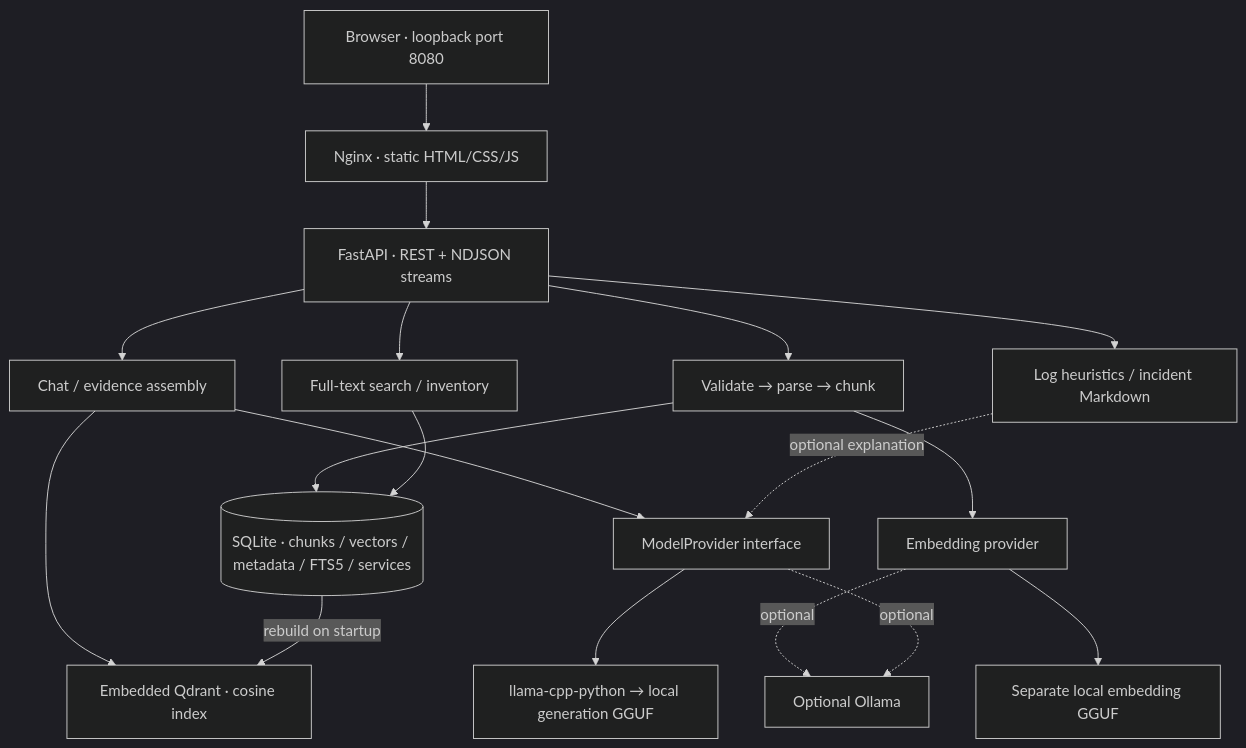
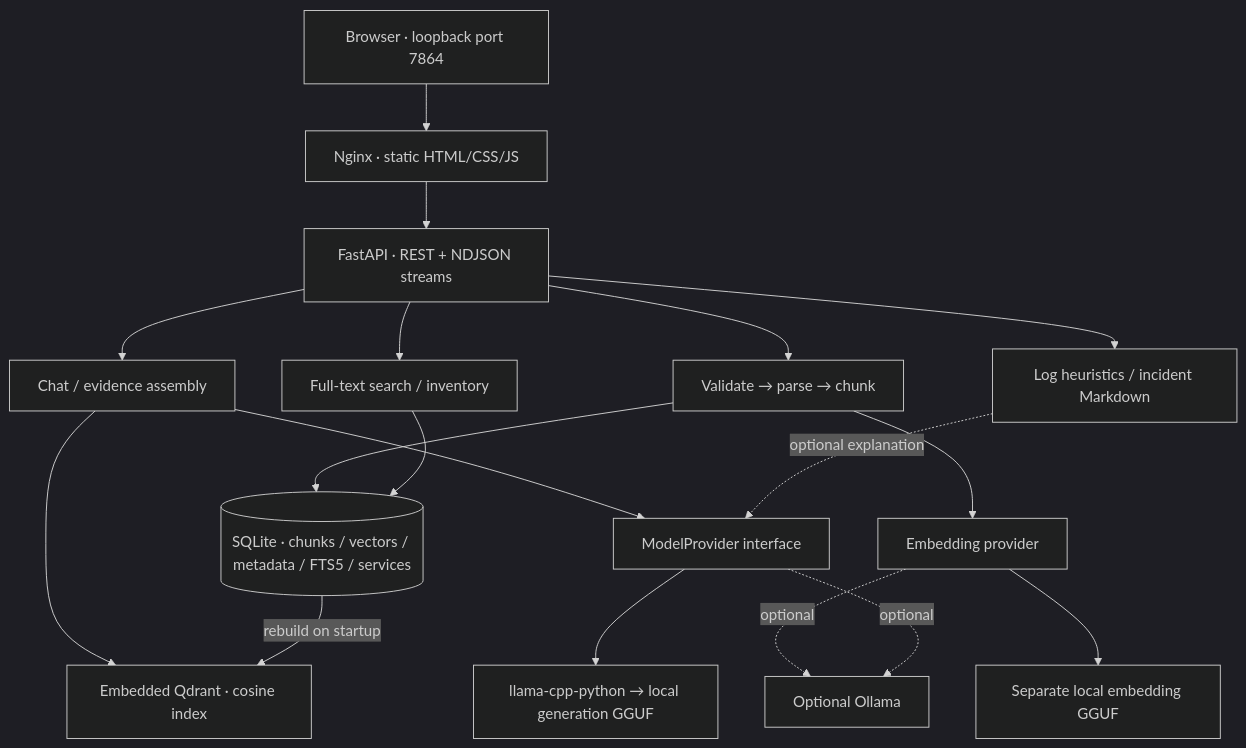
One commit to writchcraft/grimoire-ai changed the diagram in README.md. Above: the diagram before and after it, drawn with Mermaid (dark theme). The commit also changed other lines of this file and 7 other files, not shown here.

````diff
--- a/README.md
+++ b/README.md
@@ -40,20 +88,20 @@
 ```mermaid
 flowchart TD
-    Browser[Browser · loopback port 8080] --> Web[Nginx · static HTML/CSS/JS]
+    Browser[Browser · loopback port 7864] --> Web[Nginx · static HTML/CSS/JS]
     Web --> API[FastAPI · REST + NDJSON streams]
     API --> Chat[Chat / evidence assembly]
     API --> Ingest[Validate → parse → chunk]
     API --> Logs[Log heuristics / incident Markdown]
     API --> Search[Full-text search / inventory]
     Chat --> Vector[Embedded Qdrant · cosine index]
     Ingest --> Embed[Embedding provider]
     Embed --> EmbeddingGGUF[Separate local embedding GGUF]
     Embed -. optional .-> Ollama[Optional Ollama]
     Chat --> Provider[ModelProvider interface]
     Logs -. optional explanation .-> Provider
     Provider --> Native[llama-cpp-python → local generation GGUF]
     Provider -. optional .-> Ollama
     Ingest --> DB[(SQLite · chunks / vectors / metadata / FTS5 / services)]
     Search --> DB
     DB -->|rebuild on startup| Vector
 ```
````
